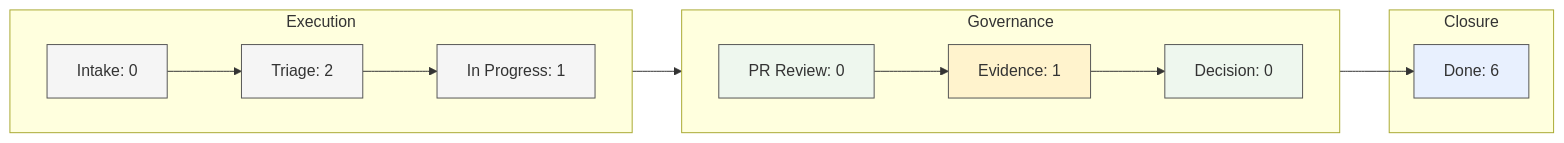
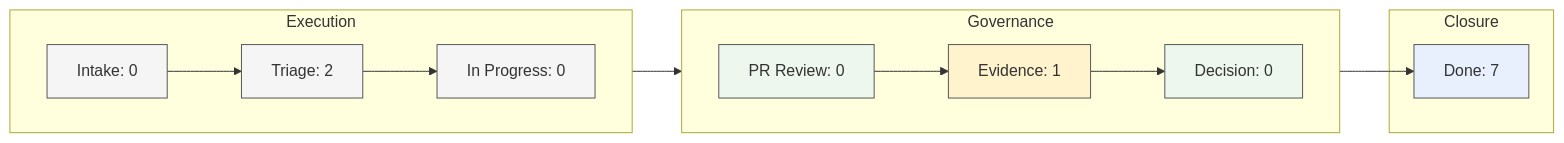
The diagram in dashboard/index.md (ShaileshRawat1403/brainbench), drawn with Mermaid before and after one commit. The commit also changed other lines of this file and 5 other files, not shown here.

````diff
--- a/dashboard/index.md
+++ b/dashboard/index.md
@@ -38,29 +38,29 @@
 ```mermaid
 flowchart LR
   subgraph Execution [Execution]
     direction LR
-    Intake["Intake: 0"] --> Triage["Triage: 2"] --> InProgress["In Progress: 1"]
+    Intake["Intake: 0"] --> Triage["Triage: 2"] --> InProgress["In Progress: 0"]
   end
   subgraph Governance [Governance]
     direction LR
     PrReview["PR Review: 0"] --> Evidence["Evidence: 1"] --> Decision["Decision: 0"]
   end
   subgraph Closure [Closure]
-    Done["Done: 6"]
+    Done["Done: 7"]
   end
   InProgress --> PrReview
   Decision --> Done
 
   classDef active fill:#f5f5f5,stroke:#555,stroke-width:1px;
   classDef clear fill:#eef7ee,stroke:#555,stroke-width:1px;
   classDef warning fill:#fff3cd,stroke:#555,stroke-width:1px;
   classDef done fill:#e8f0fe,stroke:#555,stroke-width:1px;
 
   Intake:::active
   Triage:::active
   InProgress:::active
   PrReview:::clear
   Evidence:::warning
   Decision:::clear
   Done:::done
 ```
````
